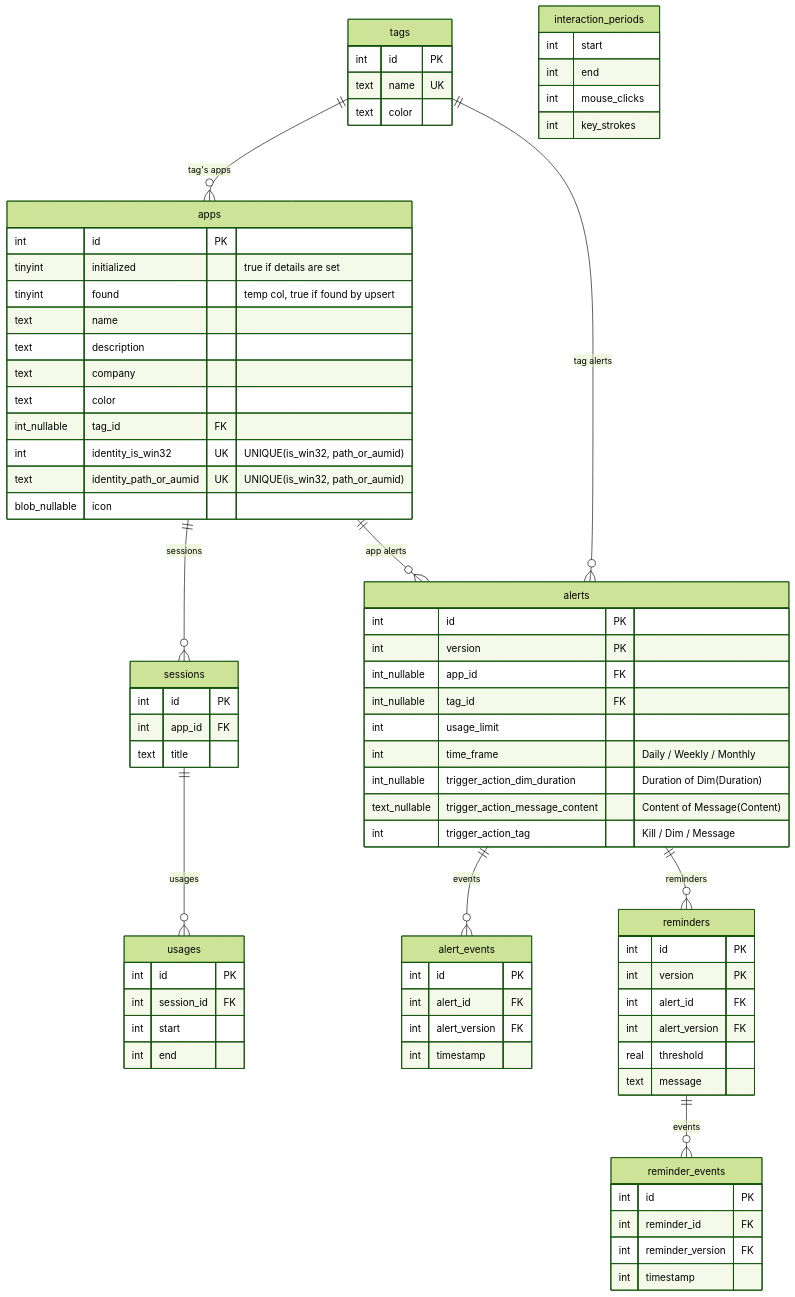
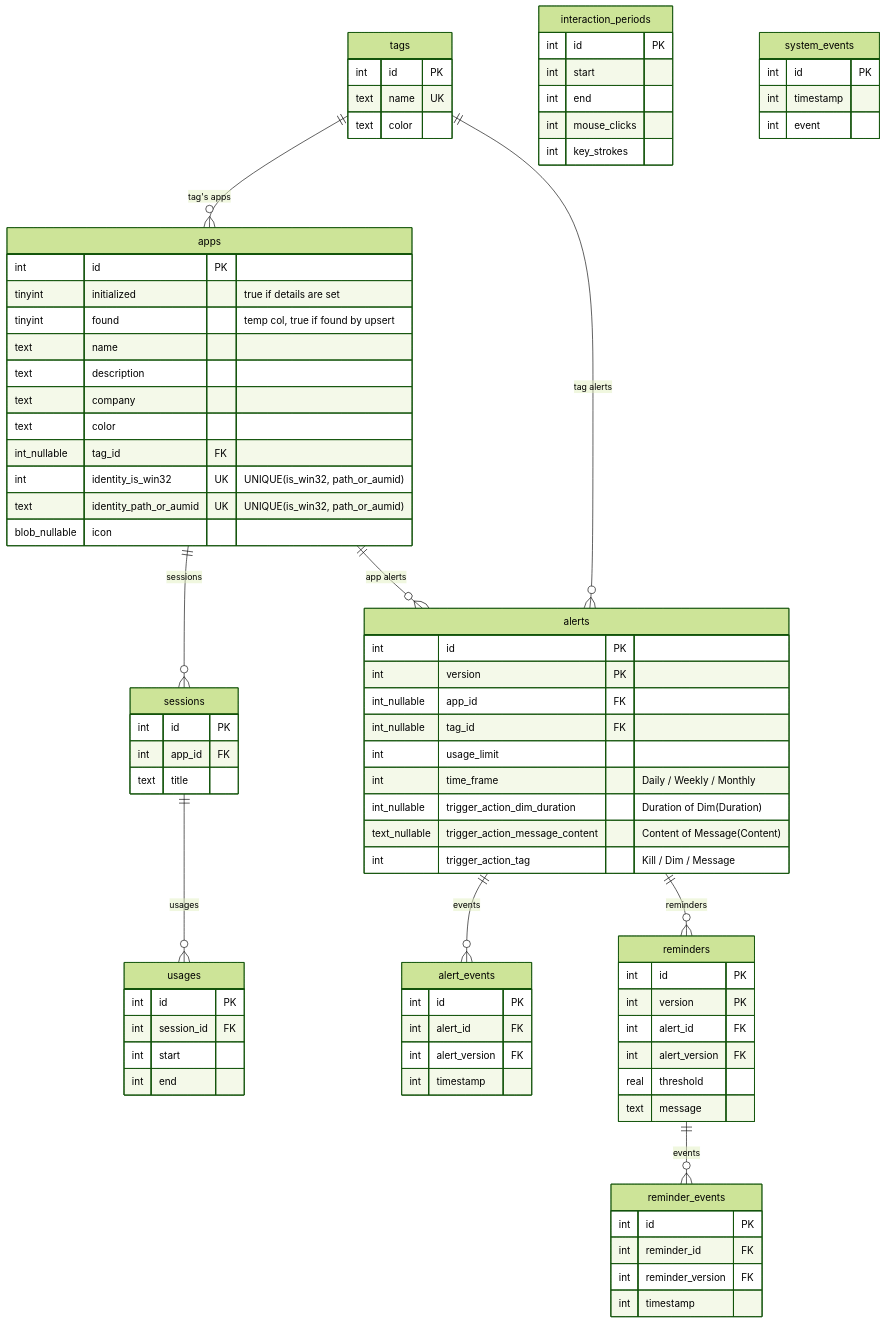
The second of 2 diagrams in ARCHITECTURE.md (Enigmatrix/Cobalt), drawn with Mermaid (forest theme) before and after one commit. The commit also changed 1 other file, not shown here.

Commit message:
docs: update architecture and dev guide with system events details

```diff
--- a/ARCHITECTURE.md
+++ b/ARCHITECTURE.md
@@ -71,10 +71,17 @@
     }
 
     interaction_periods {
+        int             id PK
         int             start
         int             end
         int             mouse_clicks
         int             key_strokes
+    }
+
+    system_events {
+        int             id PK
+        int             timestamp
+        int             event
     }
 
     alerts {
```
